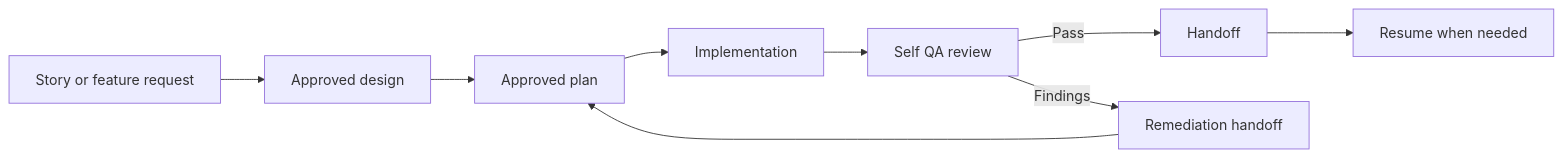
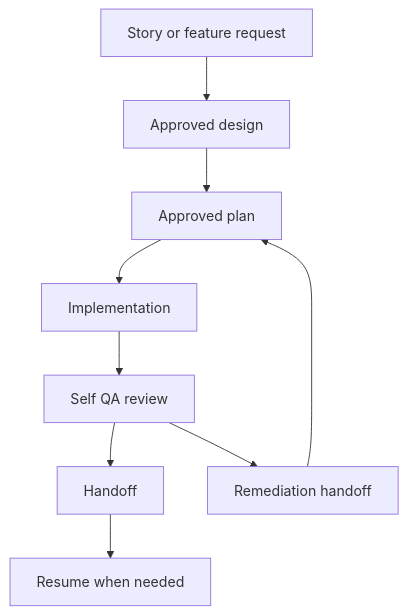
One commit to jleiva-gap/agentic-workflow-skills changed the first of 2 diagrams in README.md. Above: the diagram before and after it, drawn with Mermaid. The commit also changed other lines of this file and 6 other files, not shown here.

````diff
--- a/README.md
+++ b/README.md
@@ -32,11 +32,11 @@
 ```mermaid
-flowchart LR
+graph TD
     A[Story or feature request] --> B[Approved design]
     B --> C[Approved plan]
     C --> D[Implementation]
     D --> E[Self QA review]
-    E -->|Pass| F[Handoff]
-    E -->|Findings| G[Remediation handoff]
+    E --> F[Handoff]
+    E --> G[Remediation handoff]
     G --> C
     F --> H[Resume when needed]
 ```
````
